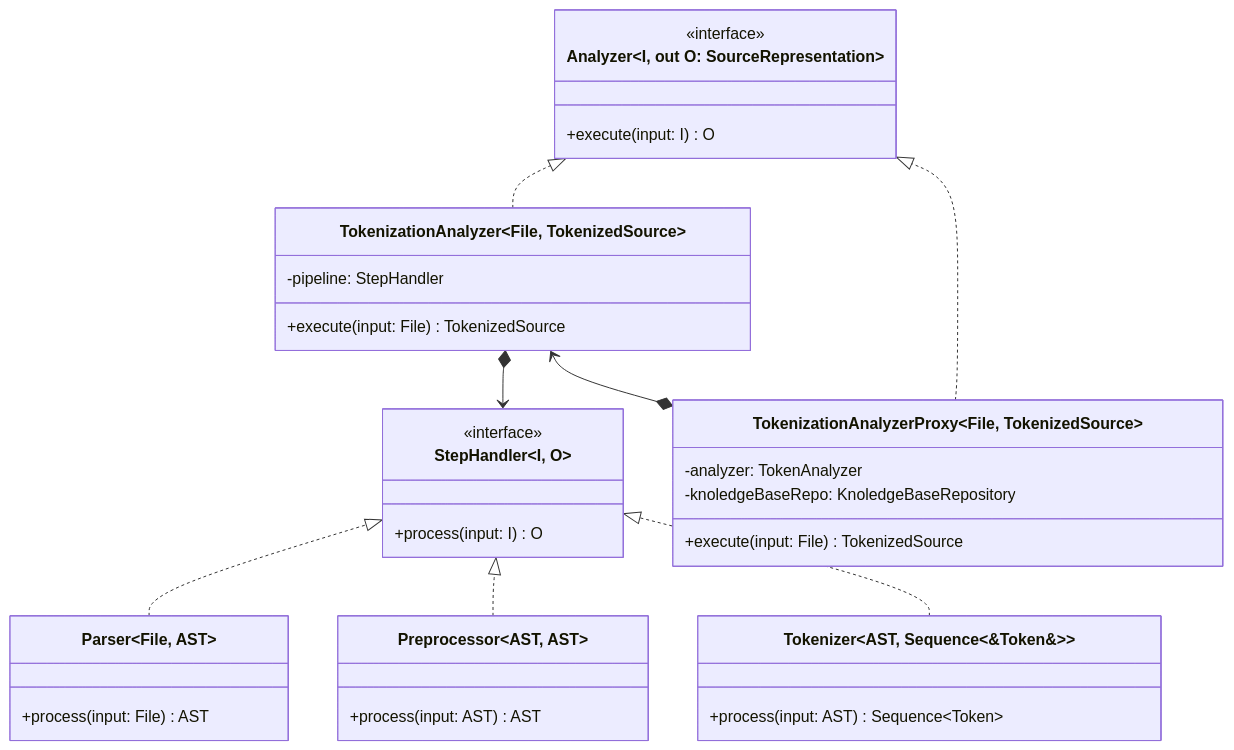
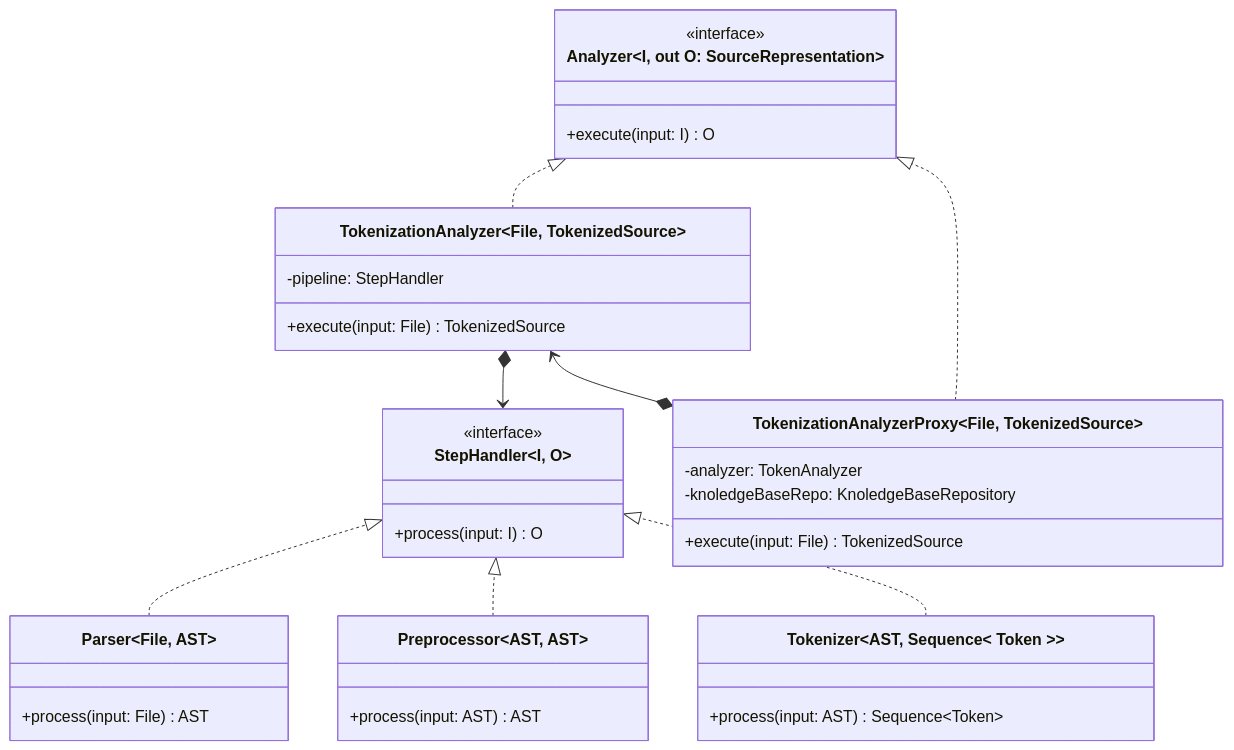
One commit to tassiLuca/code-plagiarism-detector-doc changed the eighth of 12 diagrams in doc.md. Above: the diagram before and after it, drawn with Mermaid. The commit also changed other lines of this file, not shown here.

Commit message:
adjusted nested generic

````diff
--- a/doc.md
+++ b/doc.md
@@ -298,43 +298,43 @@
 ```mermaid 
 classDiagram
     direction BT
     class Analyzer~I, out O: SourceRepresentation~ {
         <<interface>>
         +execute(input: I) O
     }
 
     class StepHandler~I, O~ {
         <<interface>>
         +process(input: I) O
     }
 
     class Parser~File, AST~ {
         +process(input: File) AST
     }
     Parser ..|> StepHandler
 
     class Preprocessor~AST, AST~ {
         +process(input: AST) AST
     }
     Preprocessor ..|> StepHandler
 
-    class Tokenizer~AST, Sequence<&#8203;Token&#8203;>~ {
+    class Tokenizer~AST, Sequence< Token >~ {
         +process(input: AST) Sequence~Token~
     }
     Tokenizer ..|> StepHandler
 
     class TokenizationAnalyzer~File, TokenizedSource~ {
         -pipeline: StepHandler
         +execute(input: File) TokenizedSource
     }
     TokenizationAnalyzer ..|> Analyzer
     StepHandler <--* TokenizationAnalyzer
 
     class TokenizationAnalyzerProxy~File, TokenizedSource~ {
         -analyzer: TokenAnalyzer
         -knoledgeBaseRepo: KnoledgeBaseRepository
         +execute(input: File) TokenizedSource
     }
     TokenizationAnalyzerProxy ..|> Analyzer
     TokenizationAnalyzerProxy *--> TokenizationAnalyzer
 ```
````
